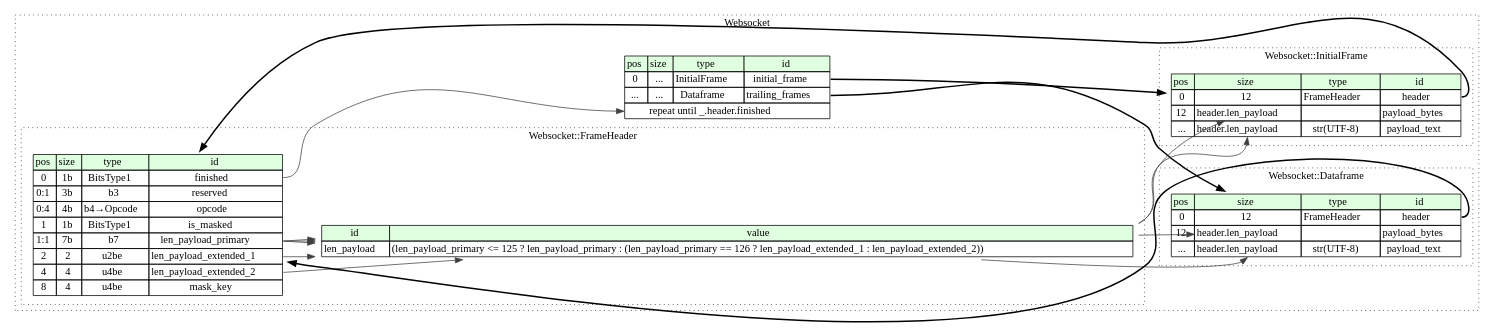
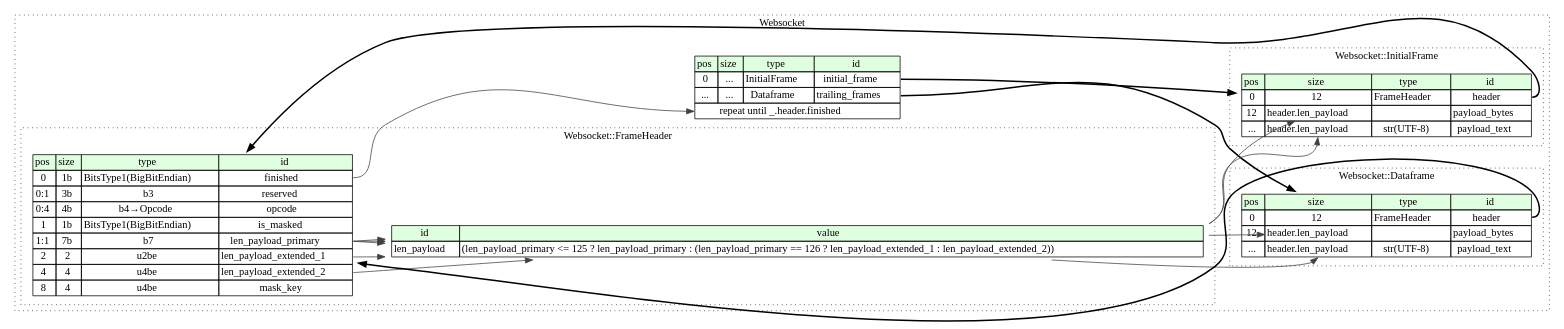
One commit to kaitai-io/formats-kaitai-io.github.io changed the diagram in websocket/src/graphviz/websocket.dot. Above: the diagram before and after it, drawn with Graphviz. The commit also changed 3155 other files, not shown here.

```diff
--- a/websocket/src/graphviz/websocket.dot
+++ b/websocket/src/graphviz/websocket.dot
@@ -1,71 +1,71 @@
 digraph {
 	rankdir=LR;
 	node [shape=plaintext];
 	subgraph cluster__websocket {
 		label="Websocket";
 		graph[style=dotted];
 
 		websocket__seq [label=<<TABLE BORDER="0" CELLBORDER="1" CELLSPACING="0">
 			<TR><TD BGCOLOR="#E0FFE0">pos</TD><TD BGCOLOR="#E0FFE0">size</TD><TD BGCOLOR="#E0FFE0">type</TD><TD BGCOLOR="#E0FFE0">id</TD></TR>
 			<TR><TD PORT="initial_frame_pos">0</TD><TD PORT="initial_frame_size">...</TD><TD>InitialFrame</TD><TD PORT="initial_frame_type">initial_frame</TD></TR>
 			<TR><TD PORT="trailing_frames_pos">...</TD><TD PORT="trailing_frames_size">...</TD><TD>Dataframe</TD><TD PORT="trailing_frames_type">trailing_frames</TD></TR>
 			<TR><TD COLSPAN="4" PORT="trailing_frames__repeat">repeat until _.header.finished</TD></TR>
 		</TABLE>>];
 		subgraph cluster__frame_header {
 			label="Websocket::FrameHeader";
 			graph[style=dotted];
 
 			frame_header__seq [label=<<TABLE BORDER="0" CELLBORDER="1" CELLSPACING="0">
 				<TR><TD BGCOLOR="#E0FFE0">pos</TD><TD BGCOLOR="#E0FFE0">size</TD><TD BGCOLOR="#E0FFE0">type</TD><TD BGCOLOR="#E0FFE0">id</TD></TR>
-				<TR><TD PORT="finished_pos">0</TD><TD PORT="finished_size">1b</TD><TD>BitsType1</TD><TD PORT="finished_type">finished</TD></TR>
+				<TR><TD PORT="finished_pos">0</TD><TD PORT="finished_size">1b</TD><TD>BitsType1(BigBitEndian)</TD><TD PORT="finished_type">finished</TD></TR>
 				<TR><TD PORT="reserved_pos">0:1</TD><TD PORT="reserved_size">3b</TD><TD>b3</TD><TD PORT="reserved_type">reserved</TD></TR>
 				<TR><TD PORT="opcode_pos">0:4</TD><TD PORT="opcode_size">4b</TD><TD>b4→Opcode</TD><TD PORT="opcode_type">opcode</TD></TR>
-				<TR><TD PORT="is_masked_pos">1</TD><TD PORT="is_masked_size">1b</TD><TD>BitsType1</TD><TD PORT="is_masked_type">is_masked</TD></TR>
+				<TR><TD PORT="is_masked_pos">1</TD><TD PORT="is_masked_size">1b</TD><TD>BitsType1(BigBitEndian)</TD><TD PORT="is_masked_type">is_masked</TD></TR>
 				<TR><TD PORT="len_payload_primary_pos">1:1</TD><TD PORT="len_payload_primary_size">7b</TD><TD>b7</TD><TD PORT="len_payload_primary_type">len_payload_primary</TD></TR>
 				<TR><TD PORT="len_payload_extended_1_pos">2</TD><TD PORT="len_payload_extended_1_size">2</TD><TD>u2be</TD><TD PORT="len_payload_extended_1_type">len_payload_extended_1</TD></TR>
 				<TR><TD PORT="len_payload_extended_2_pos">4</TD><TD PORT="len_payload_extended_2_size">4</TD><TD>u4be</TD><TD PORT="len_payload_extended_2_type">len_payload_extended_2</TD></TR>
 				<TR><TD PORT="mask_key_pos">8</TD><TD PORT="mask_key_size">4</TD><TD>u4be</TD><TD PORT="mask_key_type">mask_key</TD></TR>
 			</TABLE>>];
 			frame_header__inst__len_payload [label=<<TABLE BORDER="0" CELLBORDER="1" CELLSPACING="0">
 				<TR><TD BGCOLOR="#E0FFE0">id</TD><TD BGCOLOR="#E0FFE0">value</TD></TR>
 				<TR><TD>len_payload</TD><TD>(len_payload_primary &lt;= 125 ? len_payload_primary : (len_payload_primary == 126 ? len_payload_extended_1 : len_payload_extended_2))</TD></TR>
 			</TABLE>>];
 		}
 		subgraph cluster__initial_frame {
 			label="Websocket::InitialFrame";
 			graph[style=dotted];
 
 			initial_frame__seq [label=<<TABLE BORDER="0" CELLBORDER="1" CELLSPACING="0">
 				<TR><TD BGCOLOR="#E0FFE0">pos</TD><TD BGCOLOR="#E0FFE0">size</TD><TD BGCOLOR="#E0FFE0">type</TD><TD BGCOLOR="#E0FFE0">id</TD></TR>
 				<TR><TD PORT="header_pos">0</TD><TD PORT="header_size">12</TD><TD>FrameHeader</TD><TD PORT="header_type">header</TD></TR>
 				<TR><TD PORT="payload_bytes_pos">12</TD><TD PORT="payload_bytes_size">header.len_payload</TD><TD></TD><TD PORT="payload_bytes_type">payload_bytes</TD></TR>
 				<TR><TD PORT="payload_text_pos">...</TD><TD PORT="payload_text_size">header.len_payload</TD><TD>str(UTF-8)</TD><TD PORT="payload_text_type">payload_text</TD></TR>
 			</TABLE>>];
 		}
 		subgraph cluster__dataframe {
 			label="Websocket::Dataframe";
 			graph[style=dotted];
 
 			dataframe__seq [label=<<TABLE BORDER="0" CELLBORDER="1" CELLSPACING="0">
 				<TR><TD BGCOLOR="#E0FFE0">pos</TD><TD BGCOLOR="#E0FFE0">size</TD><TD BGCOLOR="#E0FFE0">type</TD><TD BGCOLOR="#E0FFE0">id</TD></TR>
 				<TR><TD PORT="header_pos">0</TD><TD PORT="header_size">12</TD><TD>FrameHeader</TD><TD PORT="header_type">header</TD></TR>
 				<TR><TD PORT="payload_bytes_pos">12</TD><TD PORT="payload_bytes_size">header.len_payload</TD><TD></TD><TD PORT="payload_bytes_type">payload_bytes</TD></TR>
 				<TR><TD PORT="payload_text_pos">...</TD><TD PORT="payload_text_size">header.len_payload</TD><TD>str(UTF-8)</TD><TD PORT="payload_text_type">payload_text</TD></TR>
 			</TABLE>>];
 		}
 	}
 	websocket__seq:initial_frame_type -> initial_frame__seq [style=bold];
 	websocket__seq:trailing_frames_type -> dataframe__seq [style=bold];
 	frame_header__seq:finished_type -> websocket__seq:trailing_frames__repeat [color="#404040"];
 	frame_header__seq:len_payload_primary_type -> frame_header__inst__len_payload [color="#404040"];
 	frame_header__seq:len_payload_primary_type -> frame_header__inst__len_payload [color="#404040"];
 	frame_header__seq:len_payload_primary_type -> frame_header__inst__len_payload [color="#404040"];
 	frame_header__seq:len_payload_extended_1_type -> frame_header__inst__len_payload [color="#404040"];
 	frame_header__seq:len_payload_extended_2_type -> frame_header__inst__len_payload [color="#404040"];
 	initial_frame__seq:header_type -> frame_header__seq [style=bold];
 	frame_header__inst__len_payload:len_payload_type -> initial_frame__seq:payload_bytes_size [color="#404040"];
 	frame_header__inst__len_payload:len_payload_type -> initial_frame__seq:payload_text_size [color="#404040"];
 	dataframe__seq:header_type -> frame_header__seq [style=bold];
 	frame_header__inst__len_payload:len_payload_type -> dataframe__seq:payload_bytes_size [color="#404040"];
 	frame_header__inst__len_payload:len_payload_type -> dataframe__seq:payload_text_size [color="#404040"];
 }
```
